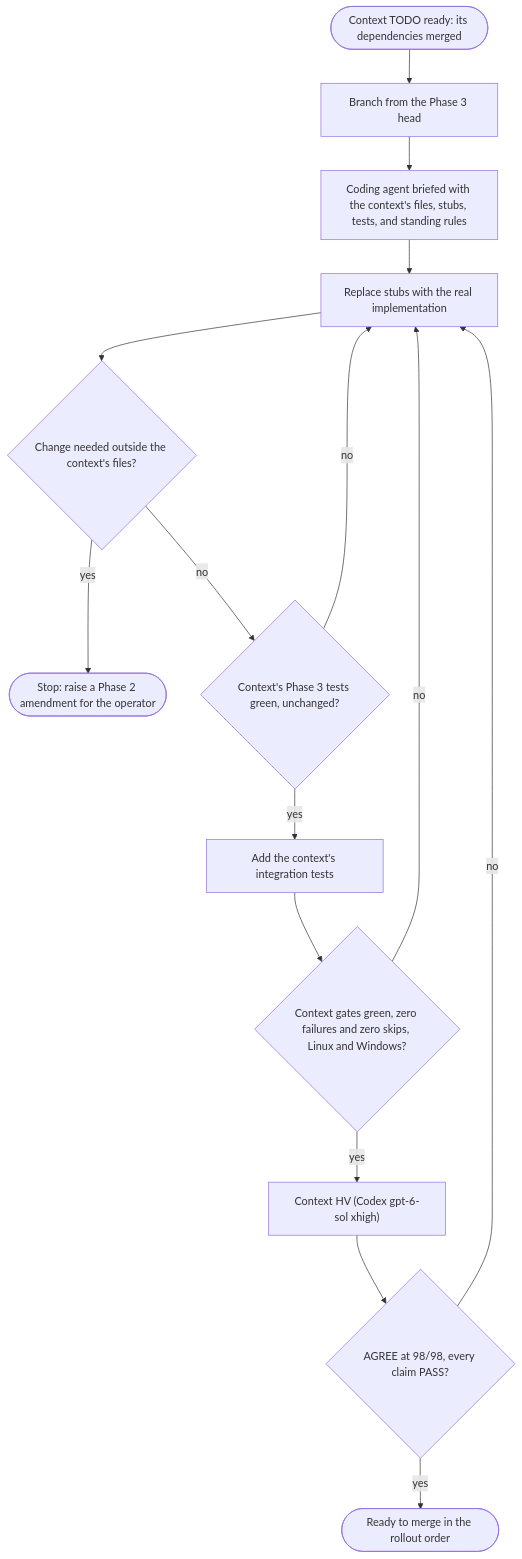
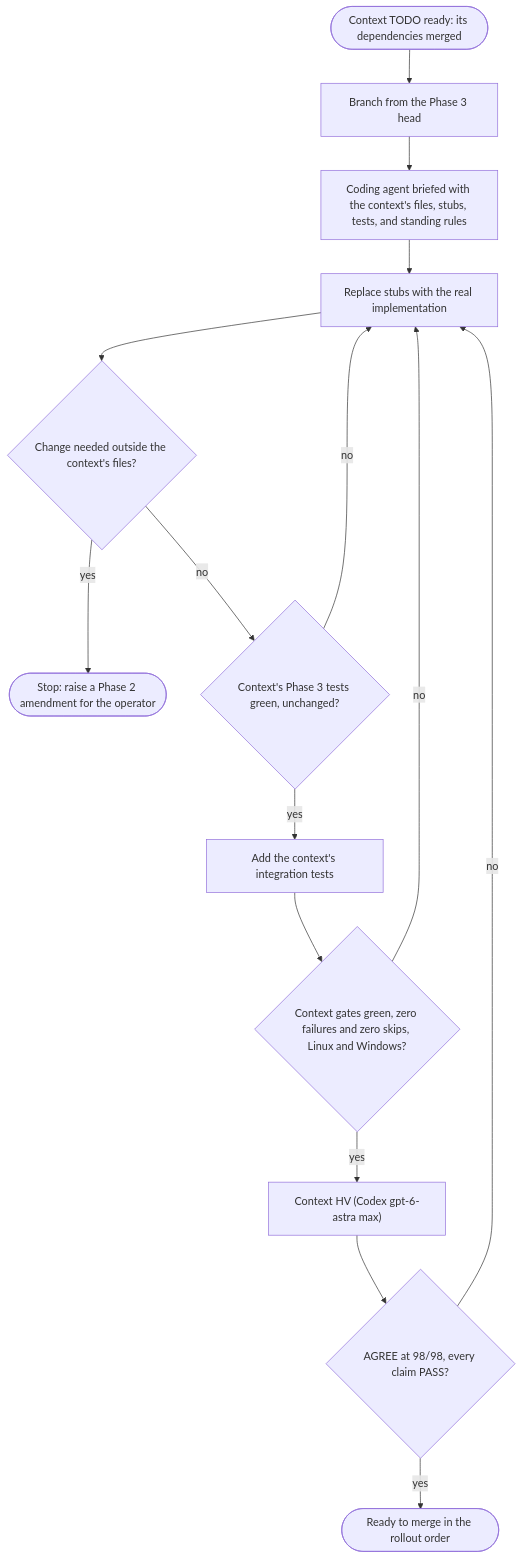
Diagram 59 of 59 in docs/Stateless-Agent-Context-Management.md (sharpninja/McpServer), drawn with Mermaid before and after one commit. The commit also changed other lines of this file and 2 other files, not shown here.

First line of the commit message:
docs: HV reviewer is Codex gpt-6-astra at effort max

````diff
--- a/docs/Stateless-Agent-Context-Management.md
+++ b/docs/Stateless-Agent-Context-Management.md
@@ -1824,17 +1824,17 @@
 ```mermaid
 flowchart TD
     S(["Context TODO ready: its dependencies merged"]) --> BR["Branch from the Phase 3 head"]
     BR --> AG["Coding agent briefed with the context's files, stubs, tests, and standing rules"]
     AG --> IM["Replace stubs with the real implementation"]
     IM --> OUT{"Change needed outside the context's files?"}
     OUT -->|yes| AMD(["Stop: raise a Phase 2 amendment for the operator"])
     OUT -->|no| T3{"Context's Phase 3 tests green, unchanged?"}
     T3 -->|no| IM
     T3 -->|yes| IT["Add the context's integration tests"]
     IT --> G{"Context gates green, zero failures and zero skips, Linux and Windows?"}
     G -->|no| IM
-    G -->|yes| HV["Context HV (Codex gpt-6-sol xhigh)"]
+    G -->|yes| HV["Context HV (Codex gpt-6-astra max)"]
     HV --> HR{"AGREE at 98/98, every claim PASS?"}
     HR -->|no| IM
     HR -->|yes| MG(["Ready to merge in the rollout order"])
 ```
````
